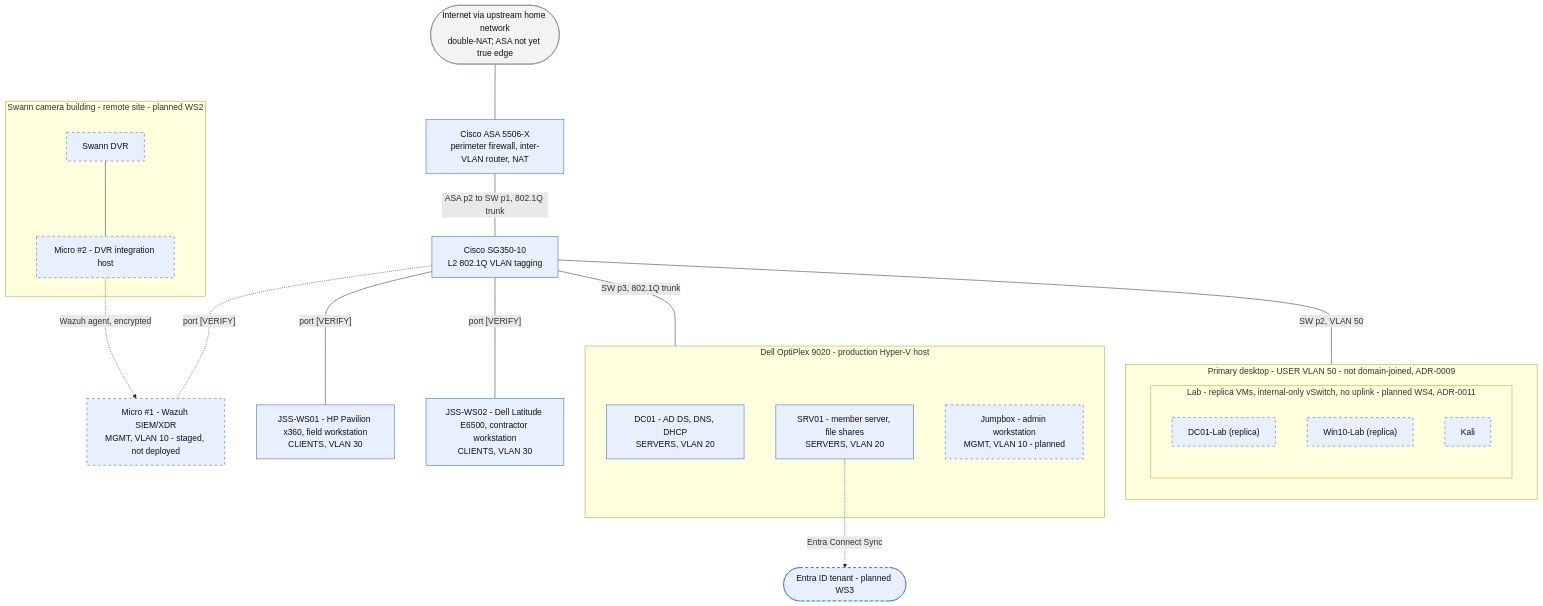
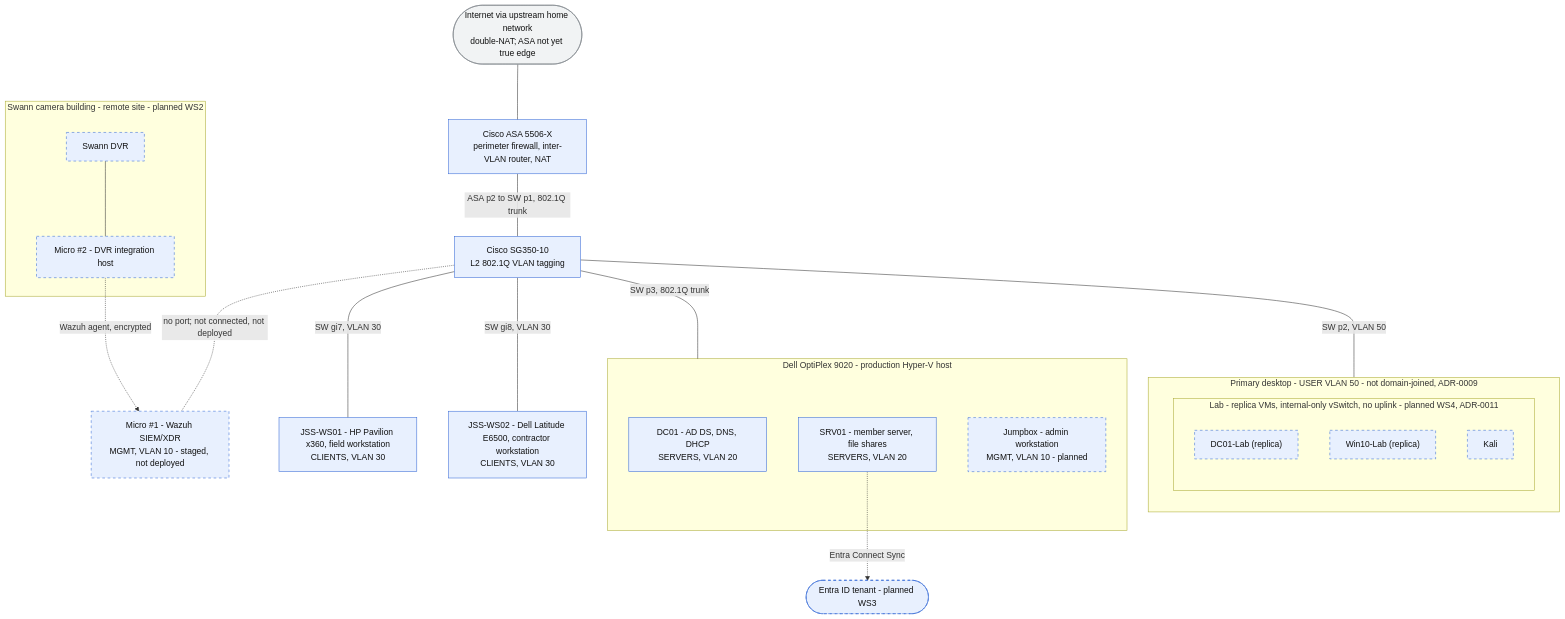
One commit to wadesanders-infra/jssandersllc-infra changed the diagram in onprem/diagrams/network-topology.md. Above: the diagram before and after it, drawn with Mermaid. The commit also changed other lines of this file and 7 other files, not shown here.

````diff
--- a/onprem/diagrams/network-topology.md
+++ b/onprem/diagrams/network-topology.md
@@ -7,49 +7,49 @@
 ```mermaid
 %%{init: {"flowchart": {"nodeSpacing": 60, "rankSpacing": 70}}}%%
 flowchart TB
     classDef zone fill:#e8f0fe,stroke:#3367d6,color:#111111
     classDef unver fill:#fef7e0,stroke:#f9ab00,stroke-dasharray:4 3,color:#111111
     classDef outside fill:#f1f3f4,stroke:#80868b,color:#111111
     classDef planned fill:#e8f0fe,stroke:#3367d6,stroke-dasharray:5 5,color:#111111
 
     INET(["Internet via upstream home network<br/>double-NAT; ASA not yet true edge"]):::outside
     ASA["Cisco ASA 5506-X<br/>perimeter firewall, inter-VLAN router, NAT"]:::zone
     SW["Cisco SG350-10<br/>L2 802.1Q VLAN tagging"]:::zone
 
     INET --- ASA
     ASA ---|"ASA p2 to SW p1, 802.1Q trunk"| SW
 
     subgraph HV["Dell OptiPlex 9020 - production Hyper-V host"]
         DC01["DC01 - AD DS, DNS, DHCP<br/>SERVERS, VLAN 20"]:::zone
         SRV01["SRV01 - member server, file shares<br/>SERVERS, VLAN 20"]:::zone
         JUMP["Jumpbox - admin workstation<br/>MGMT, VLAN 10 - planned"]:::planned
     end
 
     subgraph DESK["Primary desktop - USER VLAN 50 - not domain-joined, ADR-0009"]
         subgraph LAB["Lab - replica VMs, internal-only vSwitch, no uplink - planned WS4, ADR-0011"]
             DCL["DC01-Lab (replica)"]:::planned
             W10["Win10-Lab (replica)"]:::planned
             KALI["Kali"]:::planned
         end
     end
 
     WAZ["Micro #1 - Wazuh SIEM/XDR<br/>MGMT, VLAN 10 - staged, not deployed"]:::planned
     PAV["JSS-WS01 - HP Pavilion x360, field workstation<br/>CLIENTS, VLAN 30"]:::zone
     LAT["JSS-WS02 - Dell Latitude E6500, contractor workstation<br/>CLIENTS, VLAN 30"]:::zone
 
     SW ---|"SW p3, 802.1Q trunk"| HV
     SW ---|"SW p2, VLAN 50"| DESK
-    SW -.-|"port [VERIFY]"| WAZ
-    SW ---|"port [VERIFY]"| PAV
-    SW ---|"port [VERIFY]"| LAT
+    SW -.-|"no port; not connected, not deployed"| WAZ
+    SW ---|"SW gi7, VLAN 30"| PAV
+    SW ---|"SW gi8, VLAN 30"| LAT
 
     subgraph SWANN["Swann camera building - remote site - planned WS2"]
         DVR["Swann DVR"]:::planned
         M2["Micro #2 - DVR integration host"]:::planned
         DVR --- M2
     end
 
     ENTRA(["Entra ID tenant - planned WS3"]):::planned
     M2 -.->|"Wazuh agent, encrypted"| WAZ
     SRV01 -.->|"Entra Connect Sync"| ENTRA
 ```
````
